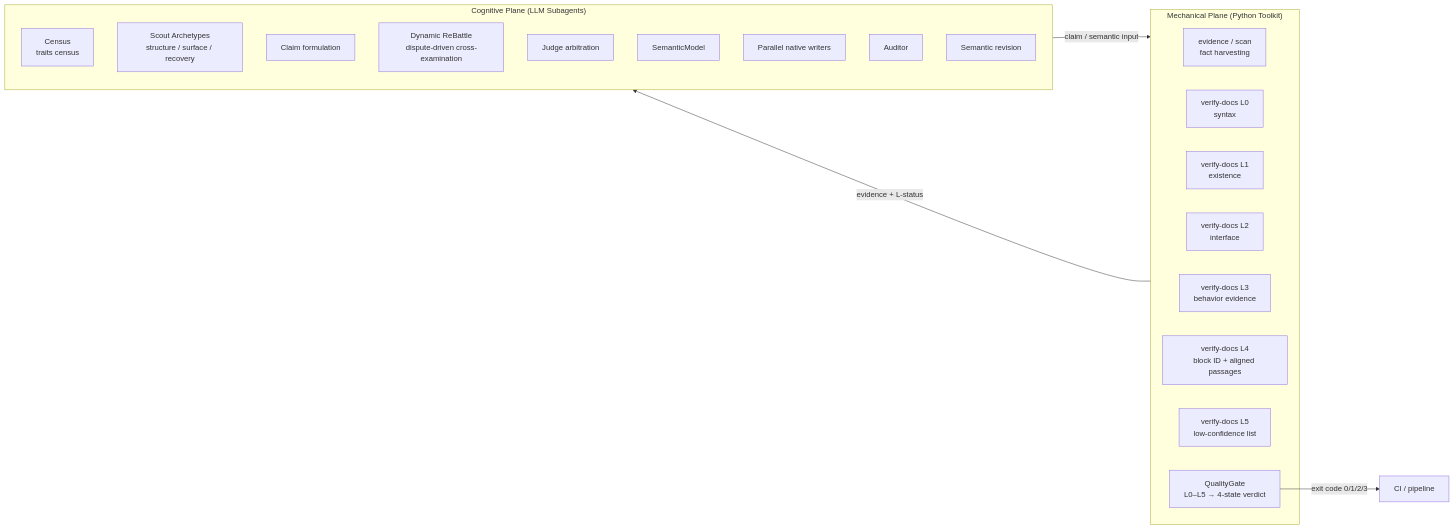
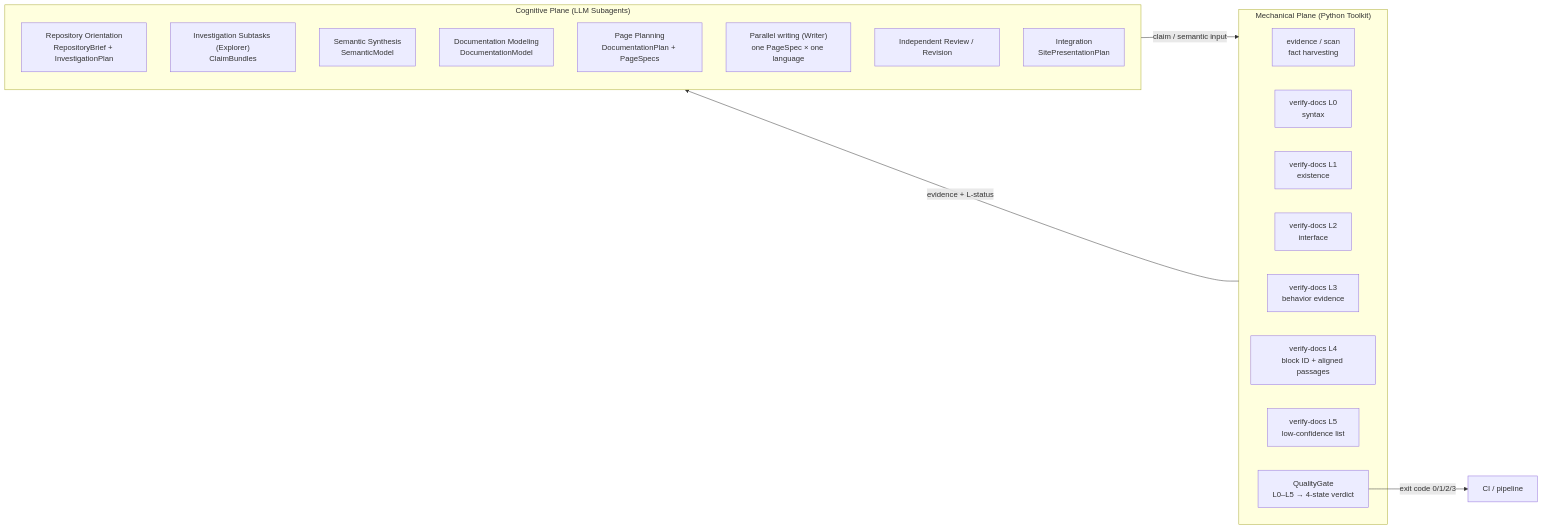
Before and after one commit to somnifex/MakeWiki.skills: the diagram in README.en.md, drawn with Mermaid. The commit also changed other lines of this file and 5 other files, not shown here.

````diff
--- a/README.en.md
+++ b/README.en.md
@@ -134,29 +136,28 @@
 ```mermaid
 flowchart LR
     subgraph Cognitive["Cognitive Plane (LLM Subagents)"]
-        Census["Census<br/>traits census"]
-        Scout["Scout Archetypes<br/>structure / surface / recovery"]
-        Claims["Claim formulation"]
-        ReB["Dynamic ReBattle<br/>dispute-driven cross-examination"]
-        Judge["Judge arbitration"]
-        Model["SemanticModel"]
-        Writers["Parallel native writers"]
-        Audit["Auditor"]
-        Revise["Semantic revision"]
+        Orient["Repository Orientation<br/>RepositoryBrief + InvestigationPlan"]
+        Explorers["Investigation Subtasks (Explorer)<br/>ClaimBundles"]
+        Synth["Semantic Synthesis<br/>SemanticModel"]
+        DocModel["Documentation Modeling<br/>DocumentationModel"]
+        Pages["Page Planning<br/>DocumentationPlan + PageSpecs"]
+        Writers["Parallel writing (Writer)<br/>one PageSpec × one language"]
+        Review["Independent Review / Revision"]
+        Integ["Integration<br/>SitePresentationPlan"]
     end
 
     subgraph Mechanical["Mechanical Plane (Python Toolkit)"]
         Evid["evidence / scan<br/>fact harvesting"]
         V0["verify-docs L0<br/>syntax"]
         V1["verify-docs L1<br/>existence"]
         V2["verify-docs L2<br/>interface"]
         V3["verify-docs L3<br/>behavior evidence"]
         V4["verify-docs L4<br/>block ID + aligned passages"]
         V5["verify-docs L5<br/>low-confidence list"]
         QG["QualityGate<br/>L0–L5 → 4-state verdict"]
     end
 
     Cognitive -->|claim / semantic input| Mechanical
     Mechanical -->|evidence + L-status| Cognitive
     QG -->|exit code 0/1/2/3| CI[CI / pipeline]
 ```
````
